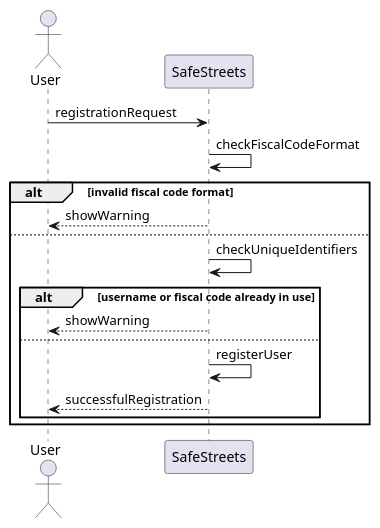
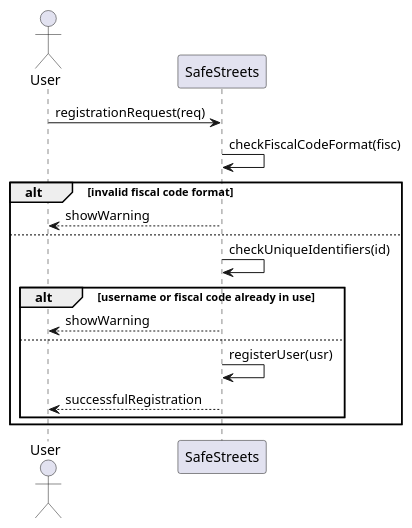
The diagram in diagrams/rasd_sequence_diagram_uc_1_1.wsd (fuljo/FulginiDiCesare-SE2), drawn with PlantUML before and after one commit. The commit also changed 9 other files, not shown here.

```diff
--- a/diagrams/rasd_sequence_diagram_uc_1_1.wsd
+++ b/diagrams/rasd_sequence_diagram_uc_1_1.wsd
@@ -1,22 +1,22 @@
 @startuml rasd_sequence_diagram_uc_1_1
 skinparam Shadowing false
 
 actor User as U
 participant SafeStreets as SS
 
-U -> SS : registrationRequest
+U -> SS : registrationRequest(req)
 
-SS -> SS : checkFiscalCodeFormat
+SS -> SS : checkFiscalCodeFormat(fisc)
 alt invalid fiscal code format
 SS --> U : showWarning
 else
-SS -> SS : checkUniqueIdentifiers
+SS -> SS : checkUniqueIdentifiers(id)
 alt username or fiscal code already in use
 SS --> U : showWarning
 else
-SS -> SS: registerUser
+SS -> SS: registerUser(usr)
 SS --> U: successfulRegistration
 end
 end
 
 @enduml
```
